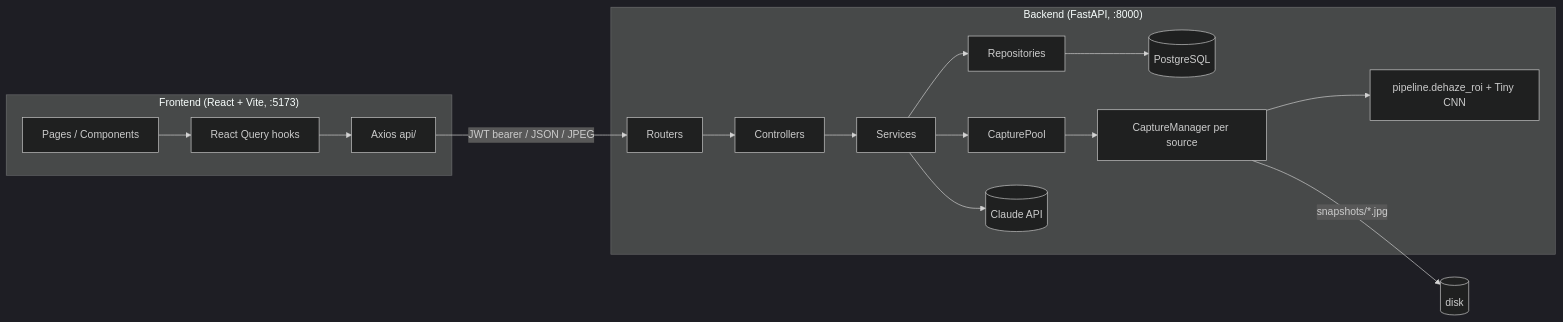
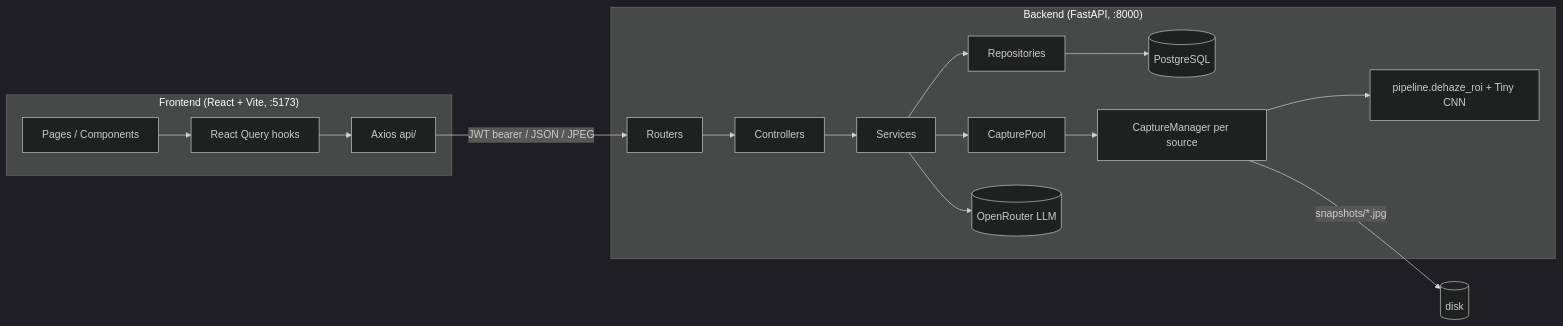
One commit to Tashrif-007/visionguard changed the first of 3 diagrams in ARCHITECTURE.md. Above: the diagram before and after it, drawn with Mermaid (dark theme). The commit also changed other lines of this file and 4 other files, not shown here.

Commit message:
docs: document camera registry, ownership isolation and OpenRouter config

````diff
--- a/ARCHITECTURE.md
+++ b/ARCHITECTURE.md
@@ -11,15 +11,15 @@
 ```mermaid
 flowchart LR
     subgraph Browser["Frontend (React + Vite, :5173)"]
         UI[Pages / Components] --> Hooks[React Query hooks] --> API[Axios api/]
     end
     subgraph Backend["Backend (FastAPI, :8000)"]
         R[Routers] --> C[Controllers] --> S[Services] --> Repo[Repositories] --> DB[(PostgreSQL)]
         S --> Pool[CapturePool]
         Pool --> M1[CaptureManager per source]
         M1 --> Pipe[pipeline.dehaze_roi + Tiny CNN]
-        S --> Claude[(Claude API)]
+        S --> LLM[(OpenRouter LLM)]
     end
     API -- "JWT bearer / JSON / JPEG" --> R
     M1 -- "snapshots/*.jpg" --> Disk[(disk)]
 ```
````
